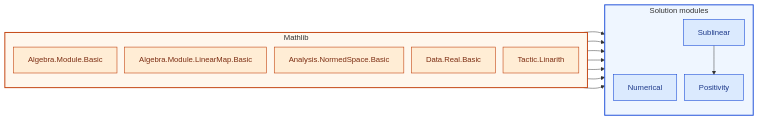
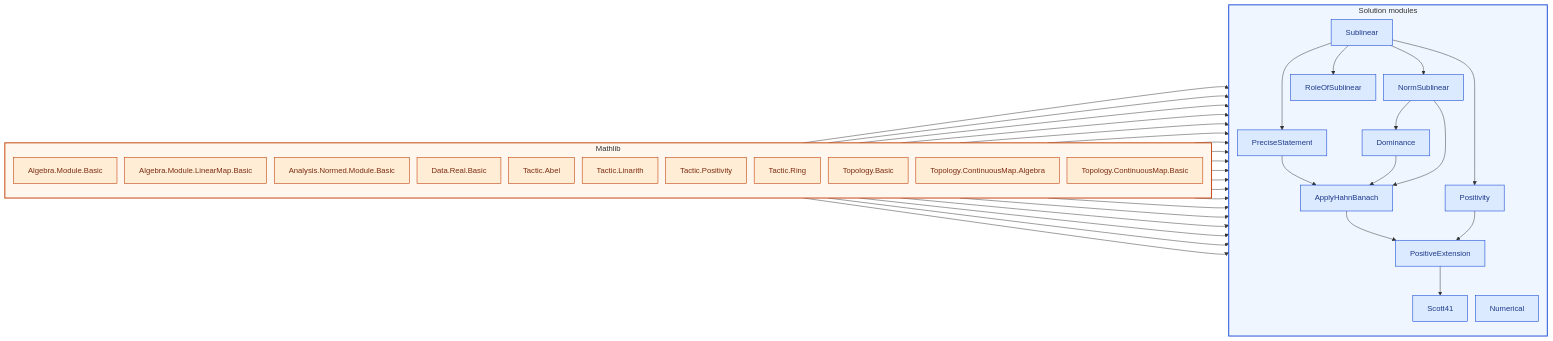
The diagram in courses/21-640.md (catskillsresearch/fabbro), drawn with Mermaid before and after one commit. The commit also changed other lines of this file and 89 other files, not shown here.

````diff
--- a/courses/21-640.md
+++ b/courses/21-640.md
@@ -24,33 +25,68 @@
 ```mermaid
 %%{init: {"flowchart": {"htmlLabels": false, "nodeSpacing": 16, "rankSpacing": 36}}}%%
 flowchart LR
   classDef course fill:#dbeafe,stroke:#1d4ed8,color:#1e3a8a,stroke-width:1.2px
   classDef mathlib fill:#ffedd5,stroke:#c2410c,color:#7c2d12,stroke-width:1.2px
 
   subgraph ML["Mathlib"]
     direction TB
     style ML fill:#fff7ed,stroke:#c2410c,stroke-width:2px
     LAlgebraModuleBasic["Algebra.Module.Basic"]:::mathlib
     LAlgebraModuleLinearMapBasic["Algebra.Module.LinearMap.Basic"]:::mathlib
-    LAnalysisNormedSpaceBasic["Analysis.NormedSpace.Basic"]:::mathlib
+    LAnalysisNormedModuleBasic["Analysis.Normed.Module.Basic"]:::mathlib
     LDataRealBasic["Data.Real.Basic"]:::mathlib
+    LTacticAbel["Tactic.Abel"]:::mathlib
     LTacticLinarith["Tactic.Linarith"]:::mathlib
+    LTacticPositivity["Tactic.Positivity"]:::mathlib
+    LTacticRing["Tactic.Ring"]:::mathlib
+    LTopologyBasic["Topology.Basic"]:::mathlib
+    LTopologyContinuousMapAlgebra["Topology.ContinuousMap.Algebra"]:::mathlib
+    LTopologyContinuousMapBasic["Topology.ContinuousMap.Basic"]:::mathlib
   end
 
   subgraph SOL["Solution modules"]
     direction TB
     style SOL fill:#eff6ff,stroke:#1d4ed8,stroke-width:2px
+    MApplyHahnBanach["ApplyHahnBanach"]:::course
+    MDominance["Dominance"]:::course
+    MNormSublinear["NormSublinear"]:::course
     MNumerical["Numerical"]:::course
+    MPositiveExtension["PositiveExtension"]:::course
     MPositivity["Positivity"]:::course
+    MPreciseStatement["PreciseStatement"]:::course
+    MRoleOfSublinear["RoleOfSublinear"]:::course
+    MScott41["Scott41"]:::course
     MSublinear["Sublinear"]:::course
   end
 
+  MPreciseStatement --> MApplyHahnBanach
+  MDominance --> MApplyHahnBanach
+  MNormSublinear --> MApplyHahnBanach
+  LAlgebraModuleLinearMapBasic --> MDominance
+  MNormSublinear --> MDominance
+  LTacticRing --> MNormSublinear
+  LTacticLinarith --> MNormSublinear
+  MSublinear --> MNormSublinear
+  LTacticPositivity --> MNumerical
+  LTacticLinarith --> MNumerical
   LDataRealBasic --> MNumerical
-  LTacticLinarith --> MNumerical
+  LTacticRing --> MNumerical
+  MApplyHahnBanach --> MPositiveExtension
+  MPositivity --> MPositiveExtension
+  LTacticLinarith --> MPositivity
   LAlgebraModuleLinearMapBasic --> MPositivity
-  LAnalysisNormedSpaceBasic --> MPositivity
-  LTacticLinarith --> MPositivity
   MSublinear --> MPositivity
+  LAlgebraModuleLinearMapBasic --> MPreciseStatement
+  MSublinear --> MPreciseStatement
+  LTacticAbel --> MRoleOfSublinear
+  LTacticLinarith --> MRoleOfSublinear
+  LAlgebraModuleLinearMapBasic --> MRoleOfSublinear
+  MSublinear --> MRoleOfSublinear
+  LTopologyContinuousMapBasic --> MScott41
+  LTopologyBasic --> MScott41
+  LTopologyContinuousMapAlgebra --> MScott41
+  MPositiveExtension --> MScott41
+  LAlgebraModuleBasic --> MSublinear
   LDataRealBasic --> MSublinear
-  LAlgebraModuleBasic --> MSublinear
+  LAnalysisNormedModuleBasic --> MSublinear
 ```
````
